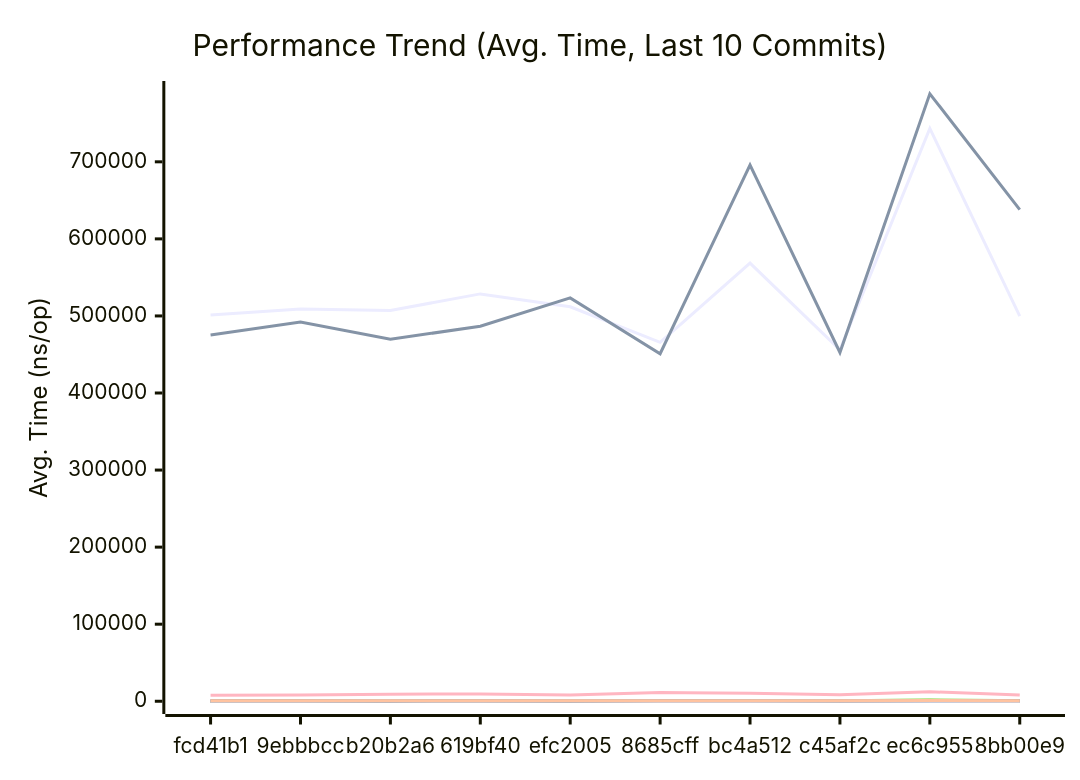
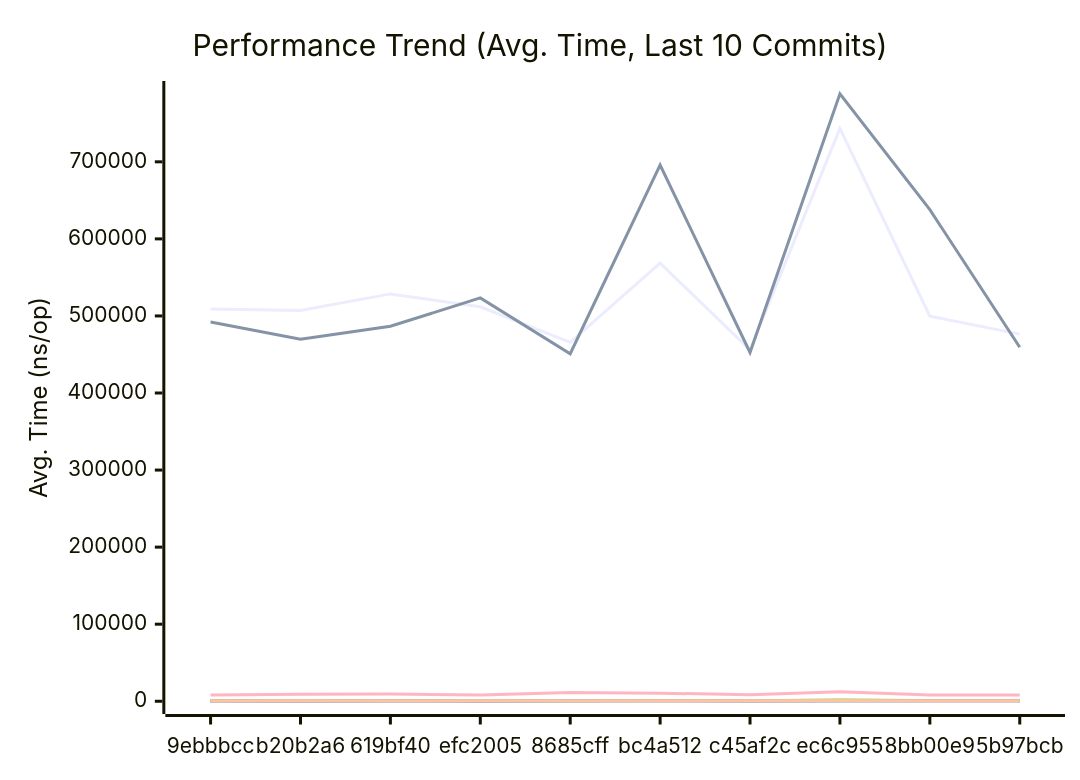
The first of 3 diagrams in docs/PERFORMANCE.md (alsotoes/momo), drawn with Mermaid before and after one commit. The commit also changed other lines of this file and 5 other files, not shown here.

````diff
--- a/docs/PERFORMANCE.md
+++ b/docs/PERFORMANCE.md
@@ -145,20 +145,20 @@
 ```mermaid
 xychart-beta
     title "Performance Trend (Avg. Time, Last 10 Commits)"
     x-axis "Commit"
     y-axis "Avg. Time (ns/op)"
-    x-axis [fcd41b1,9ebbbcc,b20b2a6,619bf40,efc2005,8685cff,bc4a512,c45af2c,ec6c955,8bb00e9]
-    line "AWSChunkedReaderSigned" [501193,509071,507099,528608,511934,465777,568519,455946,743381,499698]
-    line "AWSChunkedReaderUnsigned" [475383,492103,469747,486617,523389,450952,695863,452536,788330,637971]
-    line "CheckMetricsAndSwap" [8,10,9,9,11,9,12,8,14,9]
-    line "CrushOptimized" [378,382,366,323,333,409,430,318,551,318]
-    line "CrushOriginal" [462,546,546,550,489,590,762,454,2113,682]
-    line "IndexDirectTracking" [0,0,0,0,0,0,1,0,1,0]
-    line "IndexSearch" [3,3,3,3,3,3,4,3,4,3]
-    line "LoadGlobalConfig" [7902,8218,9180,9457,8266,11444,10501,8376,12340,8029]
-    line "PadString" [44,44,50,49,47,56,70,48,81,49]
+    x-axis [9ebbbcc,b20b2a6,619bf40,efc2005,8685cff,bc4a512,c45af2c,ec6c955,8bb00e9,5b97bcb]
+    line "AWSChunkedReaderSigned" [509071,507099,528608,511934,465777,568519,455946,743381,499698,476394]
+    line "AWSChunkedReaderUnsigned" [492103,469747,486617,523389,450952,695863,452536,788330,637971,459420]
+    line "CheckMetricsAndSwap" [10,9,9,11,9,12,8,14,9,8]
+    line "CrushOptimized" [382,366,323,333,409,430,318,551,318,348]
+    line "CrushOriginal" [546,546,550,489,590,762,454,2113,682,547]
+    line "IndexDirectTracking" [0,0,0,0,0,1,0,1,0,0]
+    line "IndexSearch" [3,3,3,3,3,4,3,4,3,3]
+    line "LoadGlobalConfig" [8218,9180,9457,8266,11444,10501,8376,12340,8029,8057]
+    line "PadString" [44,50,49,47,56,70,48,81,49,48]
     line "ParseReplicationOrder_NoPrealloc" [350,349,357,354,345,225,229,165,232,234]
     line "ParseReplicationOrder_Prealloc" [229,231,237,234,229,108,107,80,110,109]
-    line "SanitizeLog/Safe" [490,508,482,560,430,509,554,446,711,548]
-    line "SanitizeLog/Unsafe" [581,581,785,678,656,684,714,605,1045,670]
+    line "SanitizeLog/Safe" [508,482,560,430,509,554,446,711,548,506]
+    line "SanitizeLog/Unsafe" [581,785,678,656,684,714,605,1045,670,548]
 ```
````
